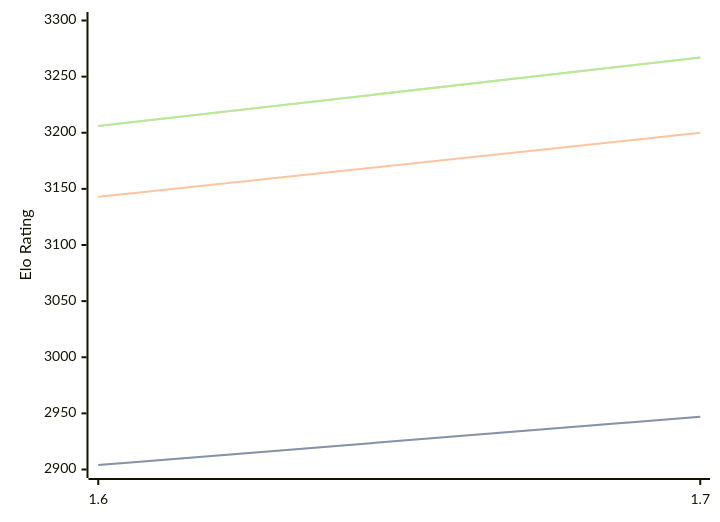
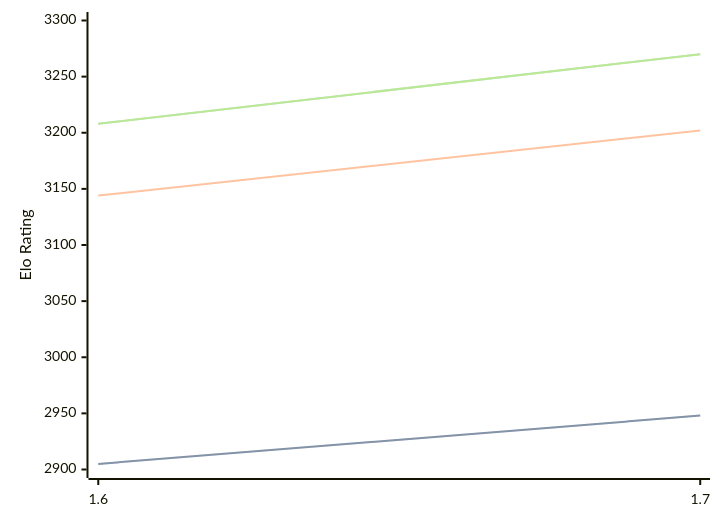
The diagram in engines/Bitbit.md (computer-chess-index/cci), drawn with Mermaid before and after one commit. The commit also changed other lines of this file, not shown here.

Commit message:
Update CCI Ratings (ELO VLTC) - 2026-09-01

````diff
--- a/engines/Bitbit.md
+++ b/engines/Bitbit.md
@@ -32,11 +32,11 @@
 ```mermaid
 %%{init: {"theme":"base","themeVariables":{"seriesColors:['#a3a3a3','#222221','#faa371']}}}%%
 xychart-beta
   x-axis ["1.6", "1.7"]
   y-axis "Elo Rating" 2900 --> 3300
-  line "" [2904, 2947]
-  line "STC (8.0+0.08s)" [2904, 2947]
-  line "LTC (60.0+0.60s)" [3143, 3200]
-  line "" [3206, 3267]
-  line "VLTC (2m24s+1.12s)" [3206, 3267]
+  line "" [2905, 2948]
+  line "STC (8.0+0.08s)" [2905, 2948]
+  line "LTC (60.0+0.60s)" [3144, 3202]
+  line "" [3208, 3270]
+  line "VLTC (2m24s+1.12s)" [3208, 3270]
 ```
````
